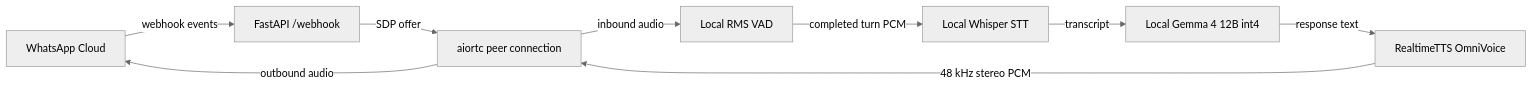
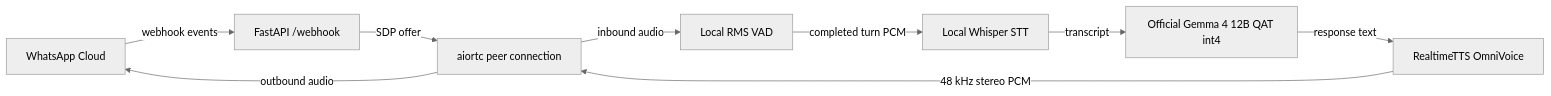
One commit to nizarhaider/sl-chatbot changed the first of 2 diagrams in README.md. Above: the diagram before and after it, drawn with Mermaid (neutral theme). The commit also changed 5 other files, not shown here.

Commit message:
serve official Gemma 4 12B QAT model

````diff
--- a/README.md
+++ b/README.md
@@ -9,11 +9,11 @@
 ```mermaid
 flowchart LR
     WA[WhatsApp Cloud] -->|webhook events| API[FastAPI /webhook]
     API -->|SDP offer| RTC[aiortc peer connection]
     RTC -->|inbound audio| VAD[Local RMS VAD]
     VAD -->|completed turn PCM| ASR[Local Whisper STT]
-    ASR -->|transcript| LLM[Local Gemma 4 12B int4]
+    ASR -->|transcript| LLM[Official Gemma 4 12B QAT int4]
     LLM -->|response text| TTS[RealtimeTTS OmniVoice]
     TTS -->|48 kHz stereo PCM| RTC
     RTC -->|outbound audio| WA
 ```
````
